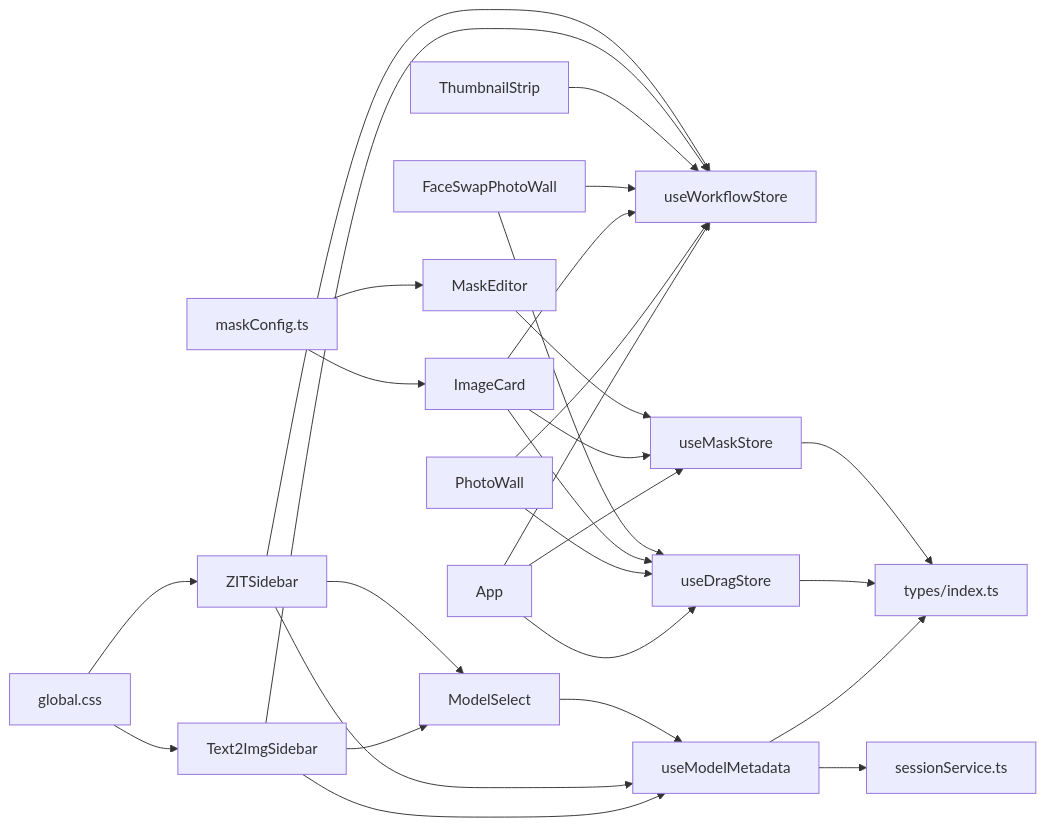
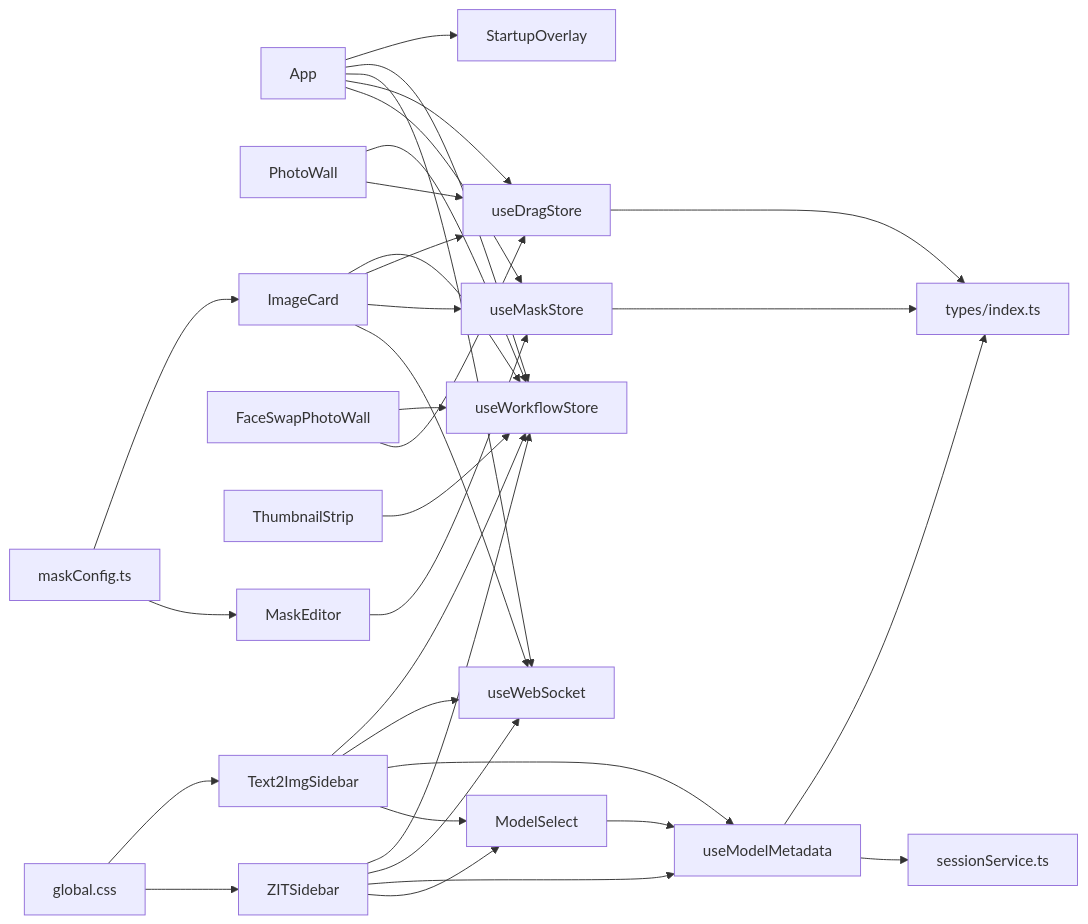
One commit to billye220670/CorineKit_Pix2Real changed diagram 11 of 11 in .qoder/repowiki/zh/content/前端应用/React 组件体系.md. Above: the diagram before and after it, drawn with Mermaid. The commit also changed other lines of this file and 13 other files, not shown here.

````diff
--- a/.qoder/repowiki/zh/content/前端应用/React 组件体系.md
+++ b/.qoder/repowiki/zh/content/前端应用/React 组件体系.md
@@ -497,30 +567,35 @@
 ```mermaid
 graph LR
-APP["App"] --> WFS["useWorkflowStore"]
+APP["App"] --> SO["StartupOverlay"]
+APP --> WFS["useWorkflowStore"]
+APP --> WS["useWebSocket"]
 APP --> DRAG["useDragStore"]
 APP --> MASK["useMaskStore"]
 PW["PhotoWall"] --> WFS
 PW --> DRAG
 IC["ImageCard"] --> WFS
 IC --> DRAG
 IC --> MASK
+IC --> WS
 FSPW["FaceSwapPhotoWall"] --> WFS
 FSPW --> DRAG
 TS["ThumbnailStrip"] --> WFS
 ME["MaskEditor"] --> MASK
 T2IS["Text2ImgSidebar"] --> WFS
+T2IS --> WS
 T2IS --> MM["useModelMetadata"]
 T2IS --> MS["ModelSelect"]
 ZITS["ZITSidebar"] --> WFS
+ZITS --> WS
 ZITS --> MM
 ZITS --> MS
 MS --> MM
 MM --> TYPES["types/index.ts"]
 MM --> SS["sessionService.ts"]
 DRAG --> TYPES
 MASK --> TYPES
 CONFIG["maskConfig.ts"] --> IC
 CONFIG --> ME
 GC["global.css"] --> T2IS
 GC --> ZITS
 ```
````
